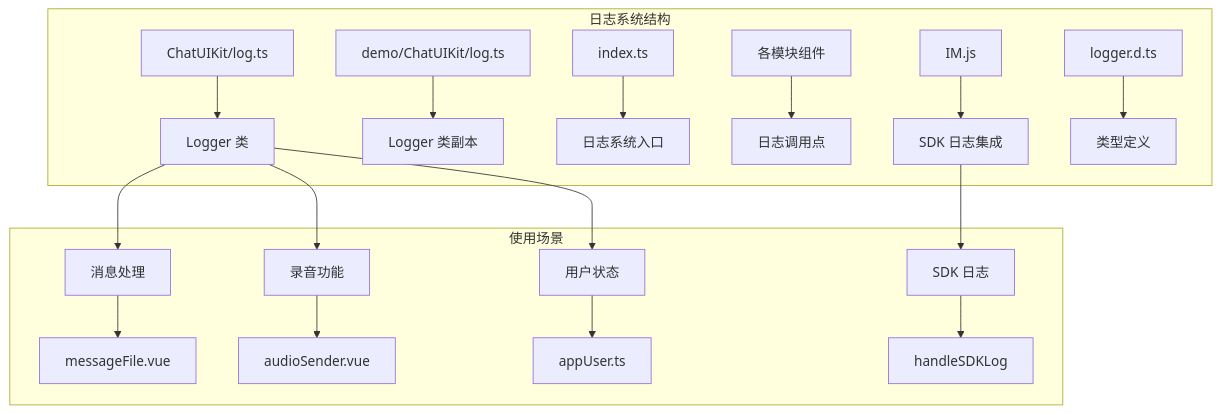
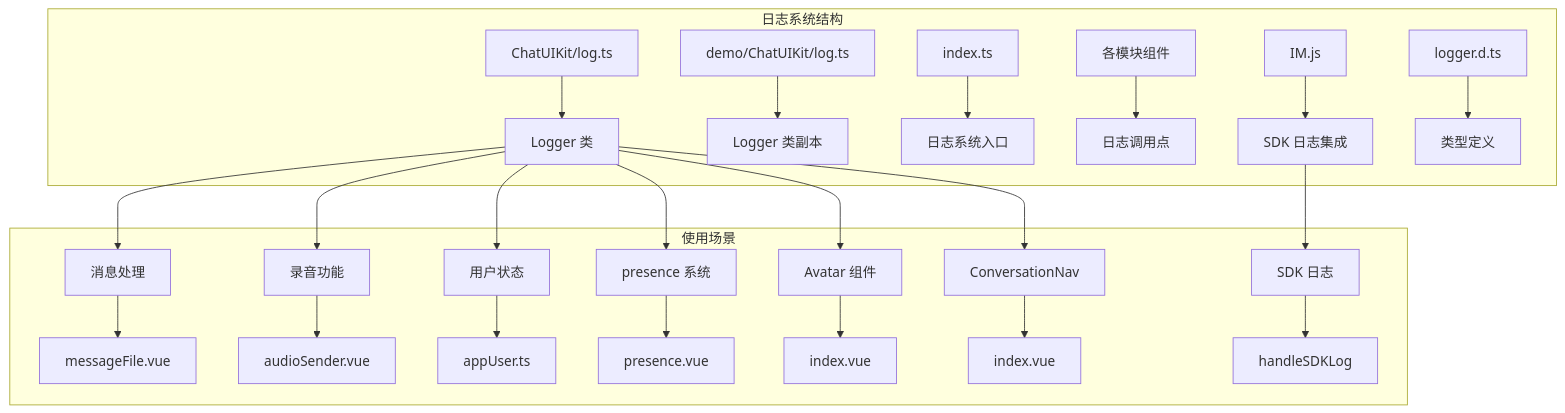
Before and after one commit to Easemob-Community/easemob-uikit-uniapp-community: the first of 16 diagrams in .qoder/repowiki/zh/content/核心架构/日志系统/日志系统.md, drawn with Mermaid. The commit also changed other lines of this file and 8 other files, not shown here.

````diff
--- a/.qoder/repowiki/zh/content/核心架构/日志系统/日志系统.md
+++ b/.qoder/repowiki/zh/content/核心架构/日志系统/日志系统.md
@@ -51,21 +62,27 @@
 ```mermaid
 graph TB
 subgraph "日志系统结构"
 A[ChatUIKit/log.ts] --> B[Logger 类]
 C[demo/ChatUIKit/log.ts] --> D[Logger 类副本]
 E[index.ts] --> F[日志系统入口]
 G[各模块组件] --> H[日志调用点]
 I[IM.js] --> J[SDK 日志集成]
 K[logger.d.ts] --> L[类型定义]
 end
 subgraph "使用场景"
 M[消息处理] --> N[messageFile.vue]
 O[录音功能] --> P[audioSender.vue]
 Q[用户状态] --> R[appUser.ts]
 S[SDK 日志] --> T[handleSDKLog]
+U[presence 系统] --> V[presence.vue]
+W[Avatar 组件] --> X[index.vue]
+Y[ConversationNav] --> Z[index.vue]
 end
 B --> M
 B --> O
 B --> Q
+B --> U
+B --> W
+B --> Y
 J --> S
 ```
````
